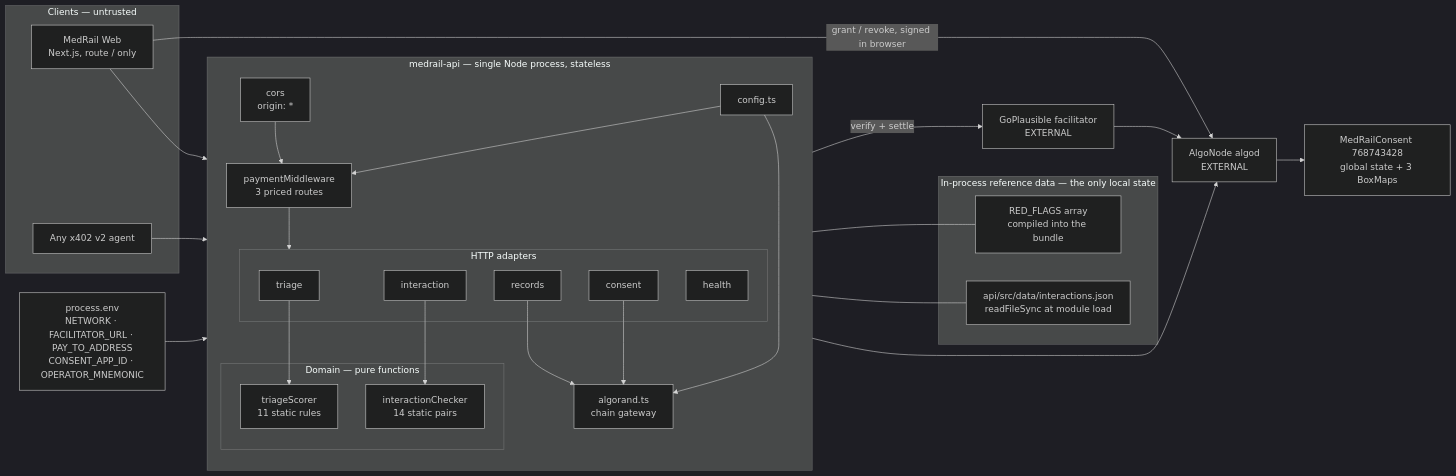
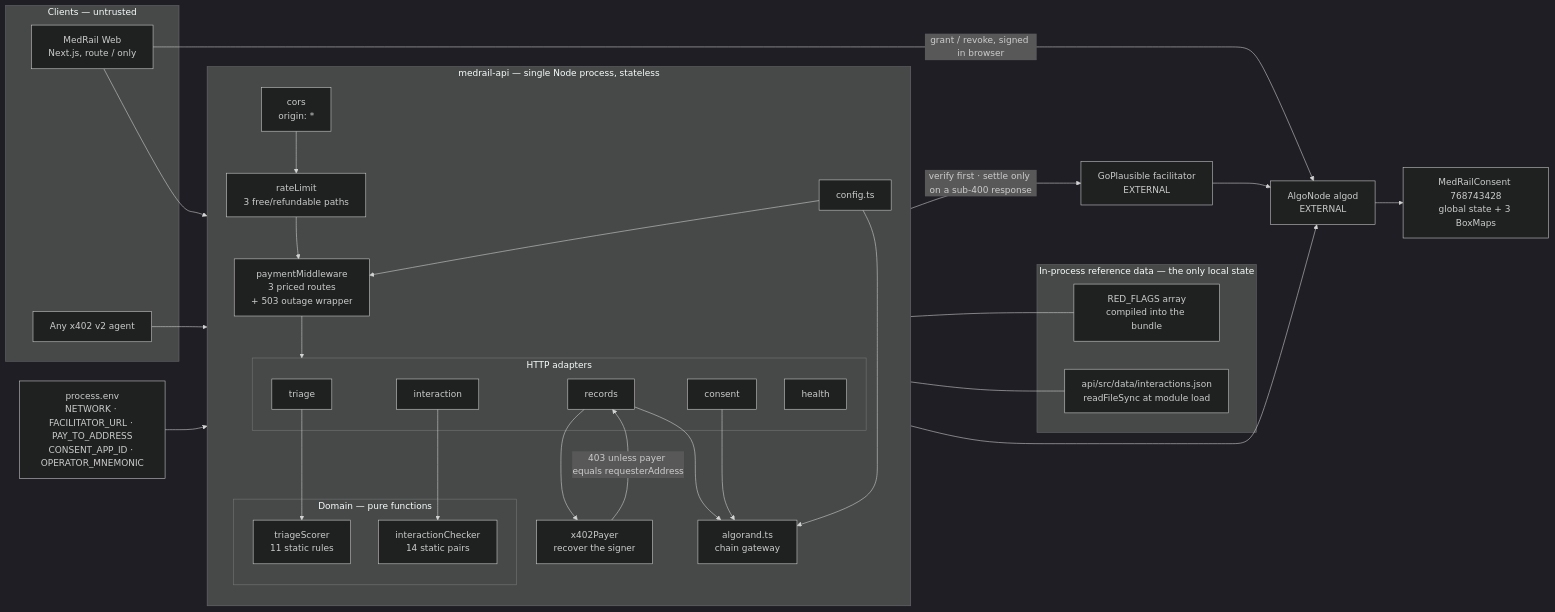
One commit to Hydra-Of-Malice/Medrail changed the first of 3 diagrams in docs/03_Architecture/HLD.md. Above: the diagram before and after it, drawn with Mermaid (dark theme). The commit also changed other lines of this file and 77 other files, not shown here.

````diff
--- a/docs/03_Architecture/HLD.md
+++ b/docs/03_Architecture/HLD.md
@@ -44,54 +39,59 @@
 ```mermaid
 flowchart LR
     subgraph Clients["Clients — untrusted"]
         UI["MedRail Web<br/>Next.js, route / only"]
         Agent["Any x402 v2 agent"]
     end
 
     subgraph APIProc["medrail-api — single Node process, stateless"]
         direction TB
         MW1["cors<br/>origin: *"]
-        MW2["paymentMiddleware<br/>3 priced routes"]
+        MW0["rateLimit<br/>3 free/refundable paths"]
+        MW2["paymentMiddleware<br/>3 priced routes<br/>+ 503 outage wrapper"]
+        PAYER["x402Payer<br/>recover the signer"]
         subgraph Adapters["HTTP adapters"]
             RT["triage"]
             RI["interaction"]
             RR["records"]
             RC["consent"]
             RH["health"]
         end
         subgraph Domain["Domain — pure functions"]
             TS["triageScorer<br/>11 static rules"]
             IC["interactionChecker<br/>14 static pairs"]
         end
         GW["algorand.ts<br/>chain gateway"]
         CFG["config.ts"]
     end
 
     subgraph Static["In-process reference data — the only local state"]
         JSON["api/src/data/interactions.json<br/>readFileSync at module load"]
         RULES["RED_FLAGS array<br/>compiled into the bundle"]
     end
 
     FAC["GoPlausible facilitator<br/>EXTERNAL"]
     ALGOD["AlgoNode algod<br/>EXTERNAL"]
     APP["MedRailConsent 768743428<br/>global state + 3 BoxMaps"]
 
     UI --> MW1
     Agent --> MW1
-    MW1 --> MW2
-    MW2 -->|"verify + settle"| FAC
+    MW1 --> MW0
+    MW0 --> MW2
+    MW2 -->|"verify first · settle only on a sub-400 response"| FAC
     MW2 --> Adapters
     RT --> TS
     RI --> IC
+    RR --> PAYER
+    PAYER -->|"403 unless payer equals requesterAddress"| RR
     RR --> GW
     RC --> GW
     TS --- RULES
     IC --- JSON
     GW --> ALGOD
     ENVV["process.env<br/>NETWORK · FACILITATOR_URL · PAY_TO_ADDRESS<br/>CONSENT_APP_ID · OPERATOR_MNEMONIC"] --> CFG
     CFG --> MW2
     CFG --> GW
     FAC --> ALGOD
     ALGOD --> APP
     UI -->|"grant / revoke, signed in browser"| ALGOD
 ```
````
